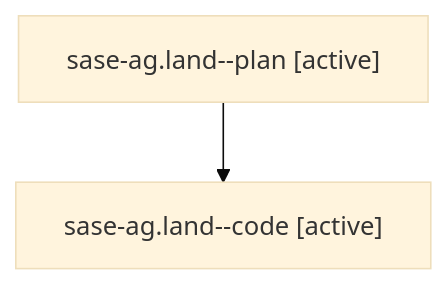
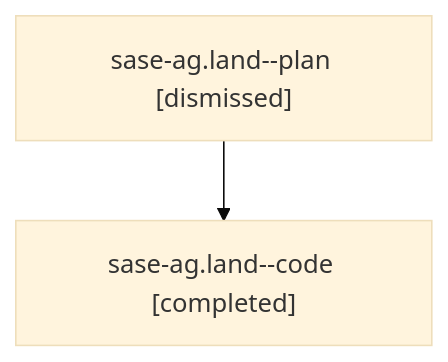
One commit to sase-org/sase--agents changed the diagram in families/bbugyi200.athena.sase-ag.land.md. Above: the diagram before and after it, drawn with Mermaid (base theme). The commit also changed other lines of this file and 947 other files, not shown here.

````diff
--- a/families/bbugyi200.athena.sase-ag.land.md
+++ b/families/bbugyi200.athena.sase-ag.land.md
@@ -9,6 +9,6 @@
 ```mermaid
 flowchart TD
-  n0["sase-ag.land--plan [active]"]
-  n1["sase-ag.land--code [active]"]
+  n0["sase-ag.land--plan [dismissed]"]
+  n1["sase-ag.land--code [completed]"]
   n0 --> n1
 ```
````
